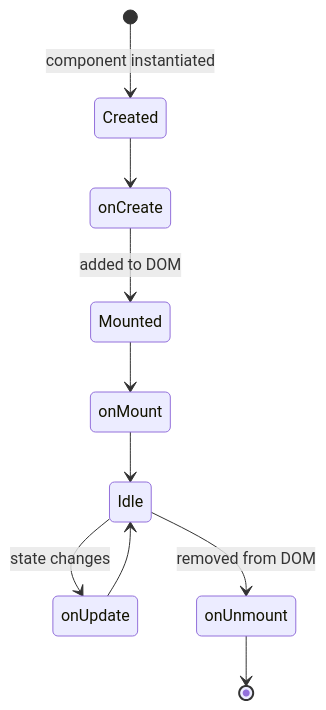
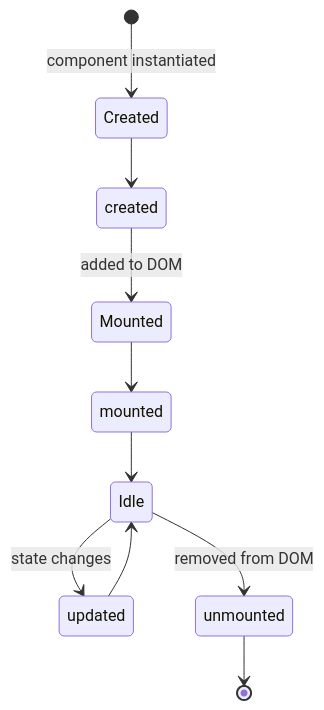
One commit to roderiano/lua-spa changed the diagram in docs/docs/guide/lifecycle.md. Above: the diagram before and after it, drawn with Mermaid. The commit also changed other lines of this file and 10 other files, not shown here.

````diff
--- a/docs/docs/guide/lifecycle.md
+++ b/docs/docs/guide/lifecycle.md
@@ -21,12 +21,12 @@
 ```mermaid
 stateDiagram-v2
     [*] --> Created: component instantiated
-    Created --> onCreate
-    onCreate --> Mounted: added to DOM
-    Mounted --> onMount
-    onMount --> Idle
-    Idle --> onUpdate: state changes
-    onUpdate --> Idle
-    Idle --> onUnmount: removed from DOM
-    onUnmount --> [*]
+    Created --> created
+    created --> Mounted: added to DOM
+    Mounted --> mounted
+    mounted --> Idle
+    Idle --> updated: state changes
+    updated --> Idle
+    Idle --> unmounted: removed from DOM
+    unmounted --> [*]
 ```
````
